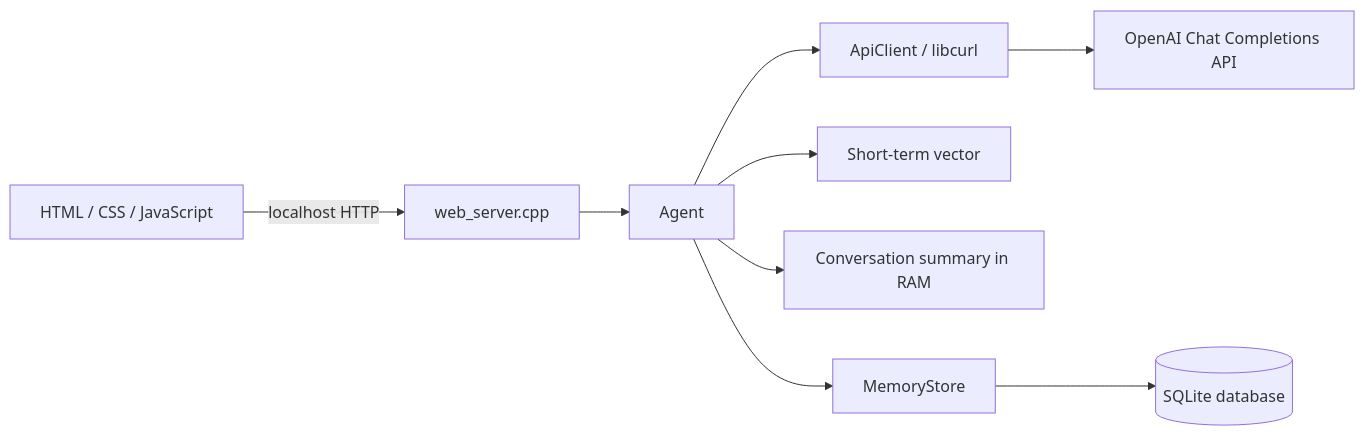
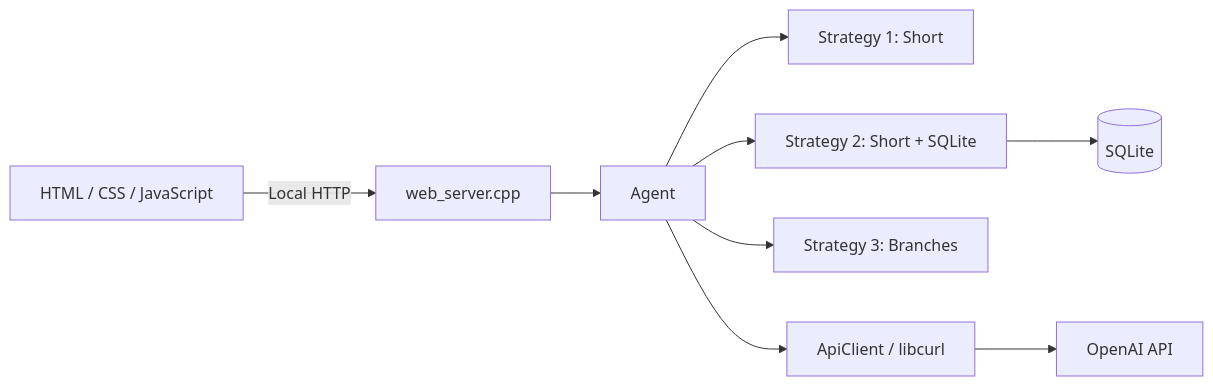
The diagram in README.md (ri-gusev/AIAgentsStart), drawn with Mermaid before and after one commit. The commit also changed other lines of this file and 11 other files, not shown here.

````diff
--- a/README.md
+++ b/README.md
@@ -20,11 +19,11 @@
 ```mermaid
 flowchart LR
-    UI[HTML / CSS / JavaScript] -->|localhost HTTP| WS[web_server.cpp]
-    WS --> Agent[Agent]
-    Agent --> API[ApiClient / libcurl]
-    API --> OpenAI[OpenAI Chat Completions API]
-    Agent --> STM[Short-term vector]
-    Agent --> Summary[Conversation summary in RAM]
-    Agent --> Store[MemoryStore]
-    Store --> DB[(SQLite database)]
+    Browser[HTML / CSS / JavaScript] -->|Local HTTP| Server[web_server.cpp]
+    Server --> Agent[Agent]
+    Agent --> S1[Strategy 1: Short]
+    Agent --> S2[Strategy 2: Short + SQLite]
+    Agent --> S3[Strategy 3: Branches]
+    S2 --> DB[(SQLite)]
+    Agent --> Client[ApiClient / libcurl]
+    Client --> OpenAI[OpenAI API]
 ```
````
